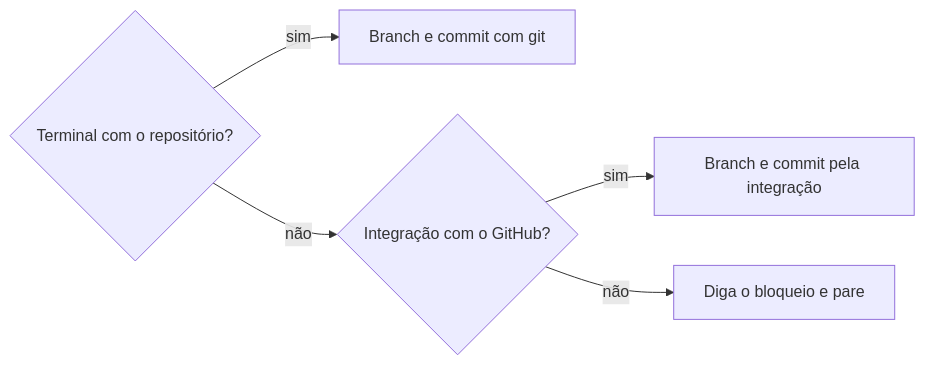
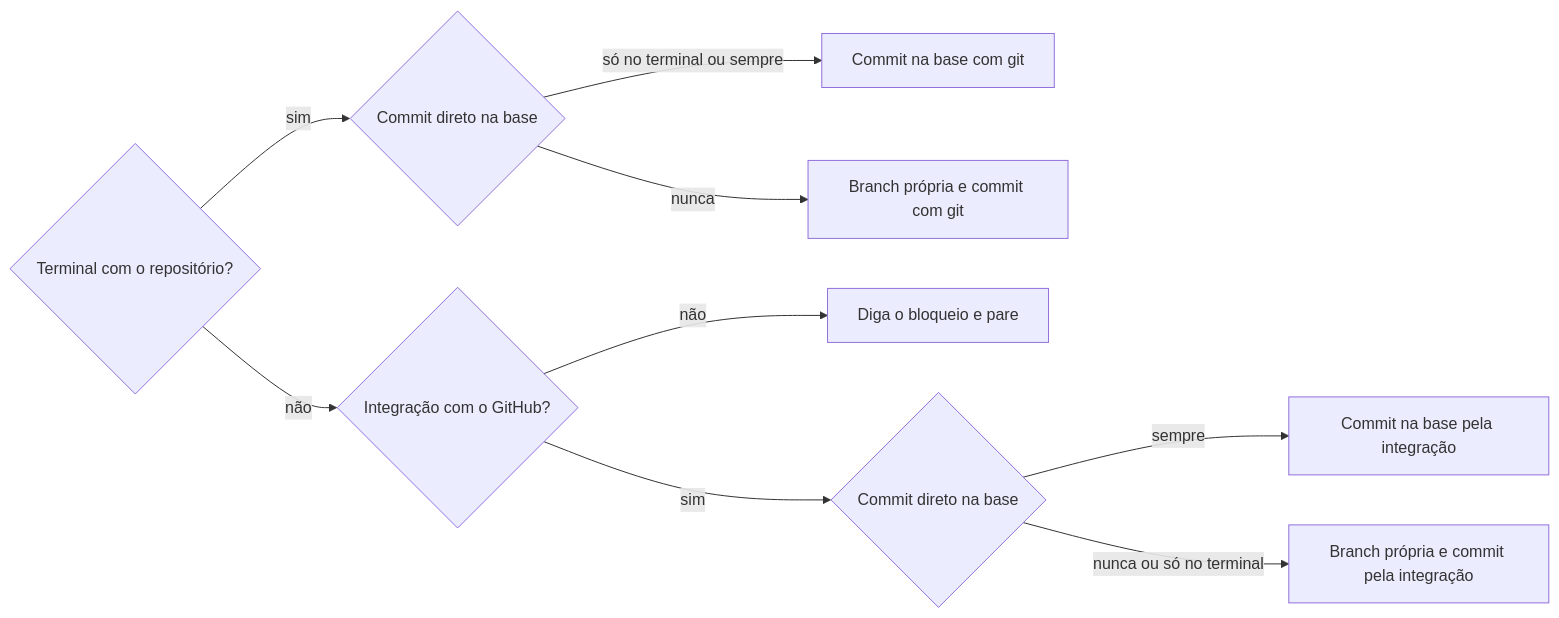
The first of 2 diagrams in .agents/skills/criar-commit/SKILL.md (jimmyandrade/harness), drawn with Mermaid before and after one commit. The commit also changed other lines of this file and 2 other files, not shown here.

First line of the commit message:
feat!: name the environment in the direct-commit and approval parameters (#244)

````diff
--- a/.agents/skills/criar-commit/SKILL.md
+++ b/.agents/skills/criar-commit/SKILL.md
@@ -35,7 +35,11 @@
 ```mermaid
 flowchart LR
-  A{Terminal com o repositório?} -->|sim| B[Branch e commit com git]
+  A{Terminal com o repositório?} -->|sim| T{Commit direto na base}
+  T -->|só no terminal ou sempre| B[Commit na base com git]
+  T -->|nunca| G[Branch própria e commit com git]
   A -->|não| C{Integração com o GitHub?}
-  C -->|sim| D[Branch e commit pela integração]
   C -->|não| E[Diga o bloqueio e pare]
+  C -->|sim| S{Commit direto na base}
+  S -->|sempre| H[Commit na base pela integração]
+  S -->|nunca ou só no terminal| D[Branch própria e commit pela integração]
 ```
````
